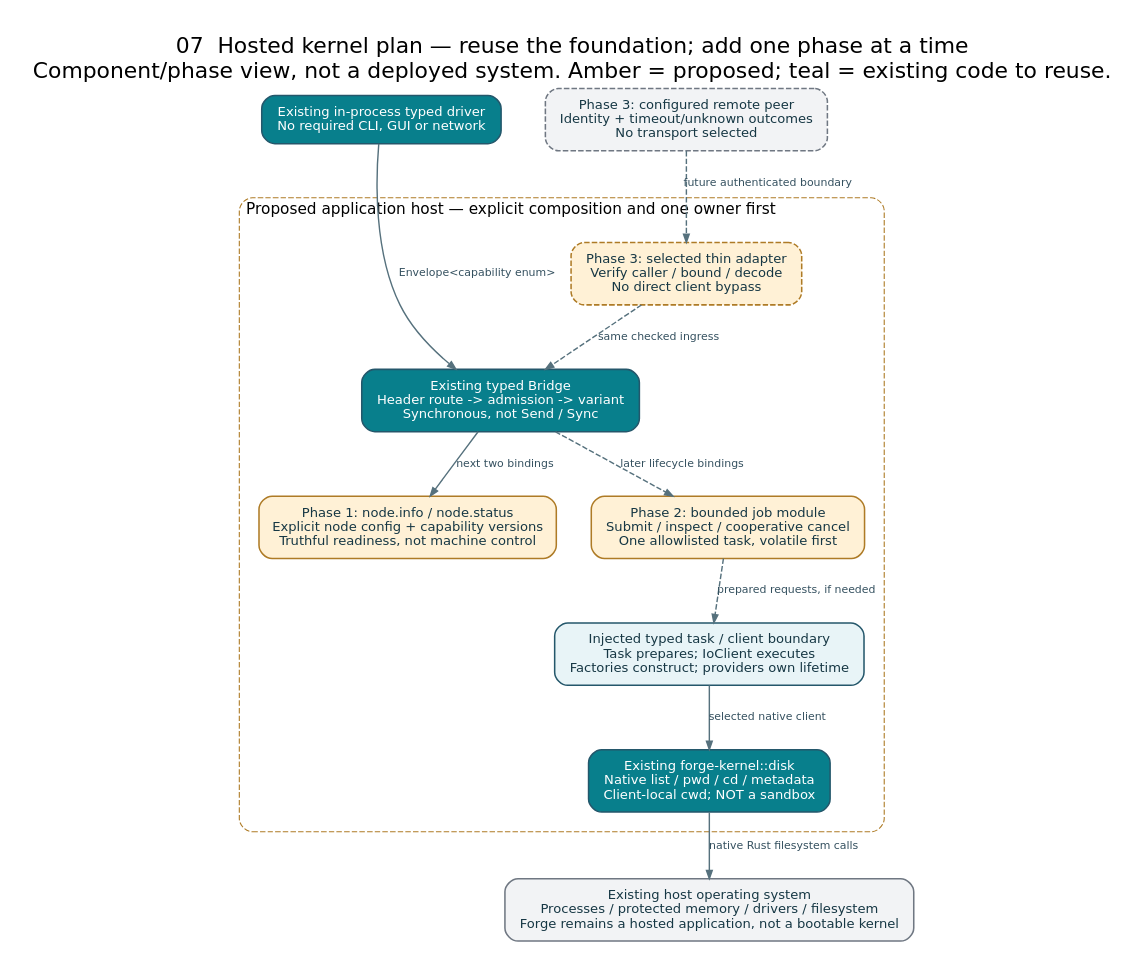
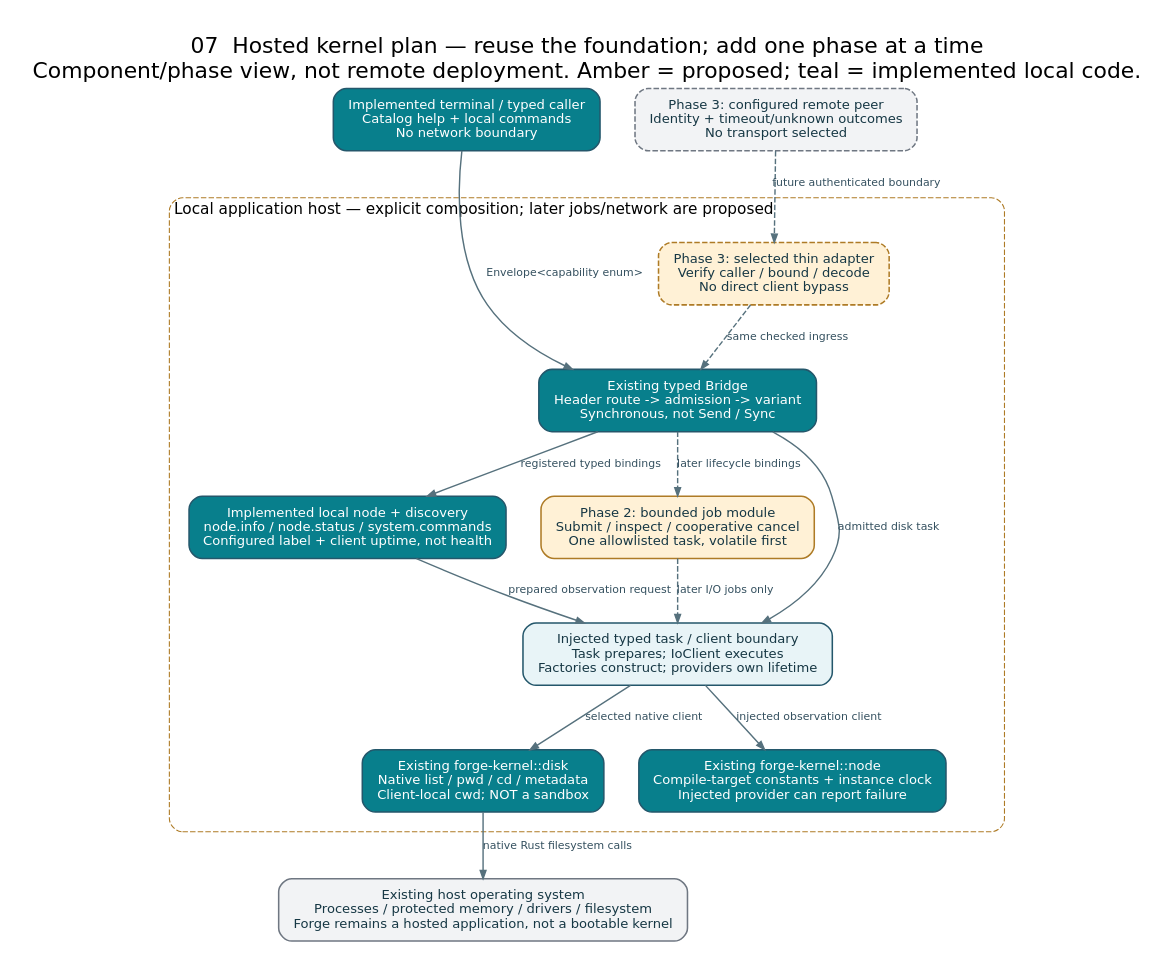
The diagram in docs/architecture/diagrams/07-hosted-kernel-plan.dot (roachmaster/homelab), drawn with Graphviz before and after one commit. The commit also changed 39 other files, not shown here.

Commit message:
Assemble runnable local Forge system with node capability and thin terminal adapter

```diff
--- a/docs/architecture/diagrams/07-hosted-kernel-plan.dot
+++ b/docs/architecture/diagrams/07-hosted-kernel-plan.dot
@@ -1,30 +1,34 @@
 digraph HostedKernelPlan {
   graph [fontname="DejaVu Sans", fontsize=20, labelloc=t, labeljust=l, pad=0.3, nodesep=0.45, ranksep=0.65, bgcolor="white", compound=true];
   node [shape=box, style="rounded,filled", fontname="DejaVu Sans", fontsize=12, margin="0.2,0.13", color="#24576b", fillcolor="#e8f4f7", fontcolor="#163744", penwidth=1.4];
   edge [fontname="DejaVu Sans", fontsize=10, color="#56717d", fontcolor="#34505f", penwidth=1.3, arrowsize=0.75];
   rankdir=TB;
-  label="07  Hosted kernel plan — reuse the foundation; add one phase at a time\nComponent/phase view, not a deployed system. Amber = proposed; teal = existing code to reuse.";
-  driver [label="Existing in-process typed driver\nNo required CLI, GUI or network", fillcolor="#087f8c", fontcolor="white"];
+  label="07  Hosted kernel plan — reuse the foundation; add one phase at a time\nComponent/phase view, not remote deployment. Amber = proposed; teal = implemented local code.";
+  driver [label="Implemented terminal / typed caller\nCatalog help + local commands\nNo network boundary", fillcolor="#087f8c", fontcolor="white"];
   peer [label="Phase 3: configured remote peer\nIdentity + timeout/unknown outcomes\nNo transport selected", fillcolor="#f2f3f5", color="#6f7782", style="rounded,dashed,filled"];
   subgraph cluster_host {
-    label="Proposed application host — explicit composition and one owner first";
+    label="Local application host — explicit composition; later jobs/network are proposed";
     fontname="DejaVu Sans"; fontsize=14; color="#ae7b26"; style="rounded,dashed"; margin=18;
     adapter [label="Phase 3: selected thin adapter\nVerify caller / bound / decode\nNo direct client bypass", fillcolor="#fff1d6", color="#ae7b26", style="rounded,dashed,filled"];
     bridge [label="Existing typed Bridge\nHeader route -> admission -> variant\nSynchronous, not Send / Sync", fillcolor="#087f8c", fontcolor="white"];
-    node_service [label="Phase 1: node.info / node.status\nExplicit node config + capability versions\nTruthful readiness, not machine control", fillcolor="#fff1d6", color="#ae7b26"];
+    node_service [label="Implemented local node + discovery\nnode.info / node.status / system.commands\nConfigured label + client uptime, not health", fillcolor="#087f8c", fontcolor="white"];
     jobs [label="Phase 2: bounded job module\nSubmit / inspect / cooperative cancel\nOne allowlisted task, volatile first", fillcolor="#fff1d6", color="#ae7b26"];
     ports [label="Injected typed task / client boundary\nTask prepares; IoClient executes\nFactories construct; providers own lifetime", fillcolor="#e8f4f7"];
     disk [label="Existing forge-kernel::disk\nNative list / pwd / cd / metadata\nClient-local cwd; NOT a sandbox", fillcolor="#087f8c", fontcolor="white"];
     adapter -> bridge [style=dashed, label="same checked ingress"];
-    bridge -> node_service [label="next two bindings"];
+    bridge -> node_service [label="registered typed bindings"];
+    node_service -> ports [label="prepared observation request"];
     bridge -> jobs [style=dashed, label="later lifecycle bindings"];
-    jobs -> ports [style=dashed, label="prepared requests, if needed"];
+    jobs -> ports [style=dashed, label="later I/O jobs only"];
     ports -> disk [label="selected native client"];
+    node_client [label="Existing forge-kernel::node\nCompile-target constants + instance clock\nInjected provider can report failure", fillcolor="#087f8c", fontcolor="white"];
+    ports -> node_client [label="injected observation client"];
+    bridge -> ports [label="admitted disk task"];
     {rank=same; node_service; jobs;}
   }
   os [label="Existing host operating system\nProcesses / protected memory / drivers / filesystem\nForge remains a hosted application, not a bootable kernel", fillcolor="#f2f3f5", color="#6f7782"];
   driver -> bridge [label="Envelope<capability enum>"];
   peer -> adapter [style=dashed, label="future authenticated boundary"];
   disk -> os [label="native Rust filesystem calls"];
   {rank=same; driver; peer;}
 }
```
